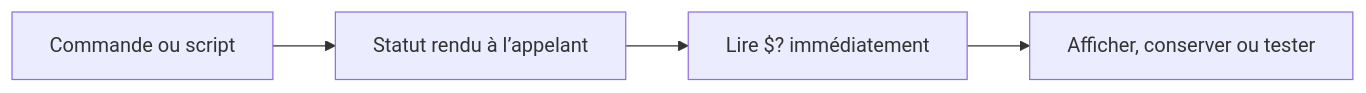
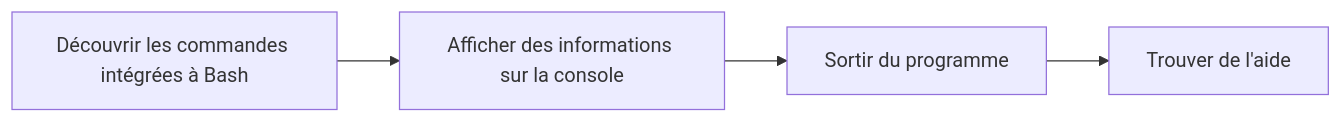
Before and after one commit to sk34pk25/tssr-cours: the second of 2 diagrams in docs/modules/11-initiation-scripting-bash/module-03-premieres-commandes-utiles-aux-scripts-shell.md, drawn with Mermaid. The commit also changed other lines of this file and 7 other files, not shown here.

````diff
--- a/docs/modules/11-initiation-scripting-bash/module-03-premieres-commandes-utiles-aux-scripts-shell.md
+++ b/docs/modules/11-initiation-scripting-bash/module-03-premieres-commandes-utiles-aux-scripts-shell.md
@@ -77,6 +44,10 @@
 ```mermaid
 flowchart LR
-    A["Commande ou script"] --> B["Statut rendu à l’appelant"]
-    B --> C["Lire $? immédiatement"]
-    C --> D["Afficher, conserver ou tester"]
+    N1["Découvrir les commandes intégrées à Bash"]
+    N2["Afficher des informations sur la console"]
+    N3["Sortir du programme"]
+    N4["Trouver de l'aide"]
+    N1 --> N2
+    N2 --> N3
+    N3 --> N4
 ```
````
